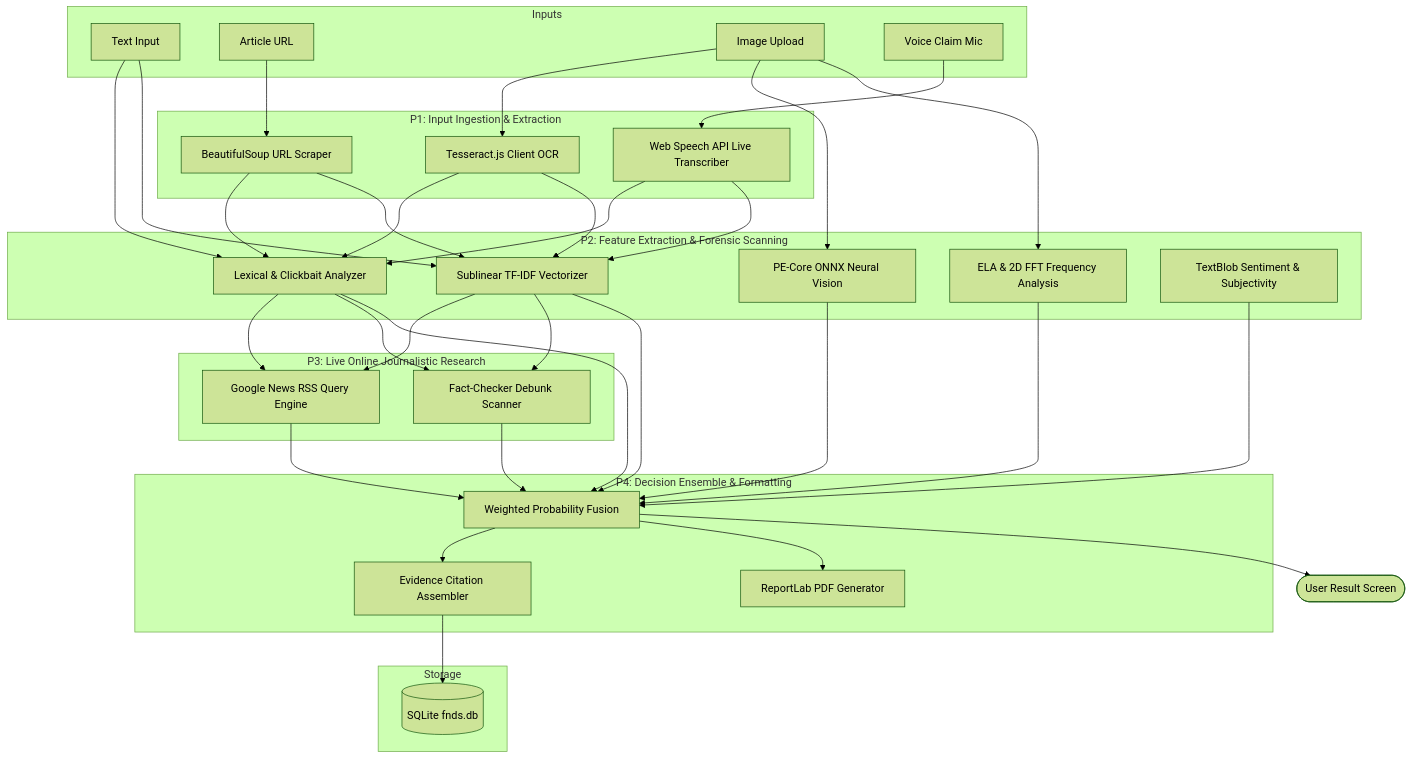
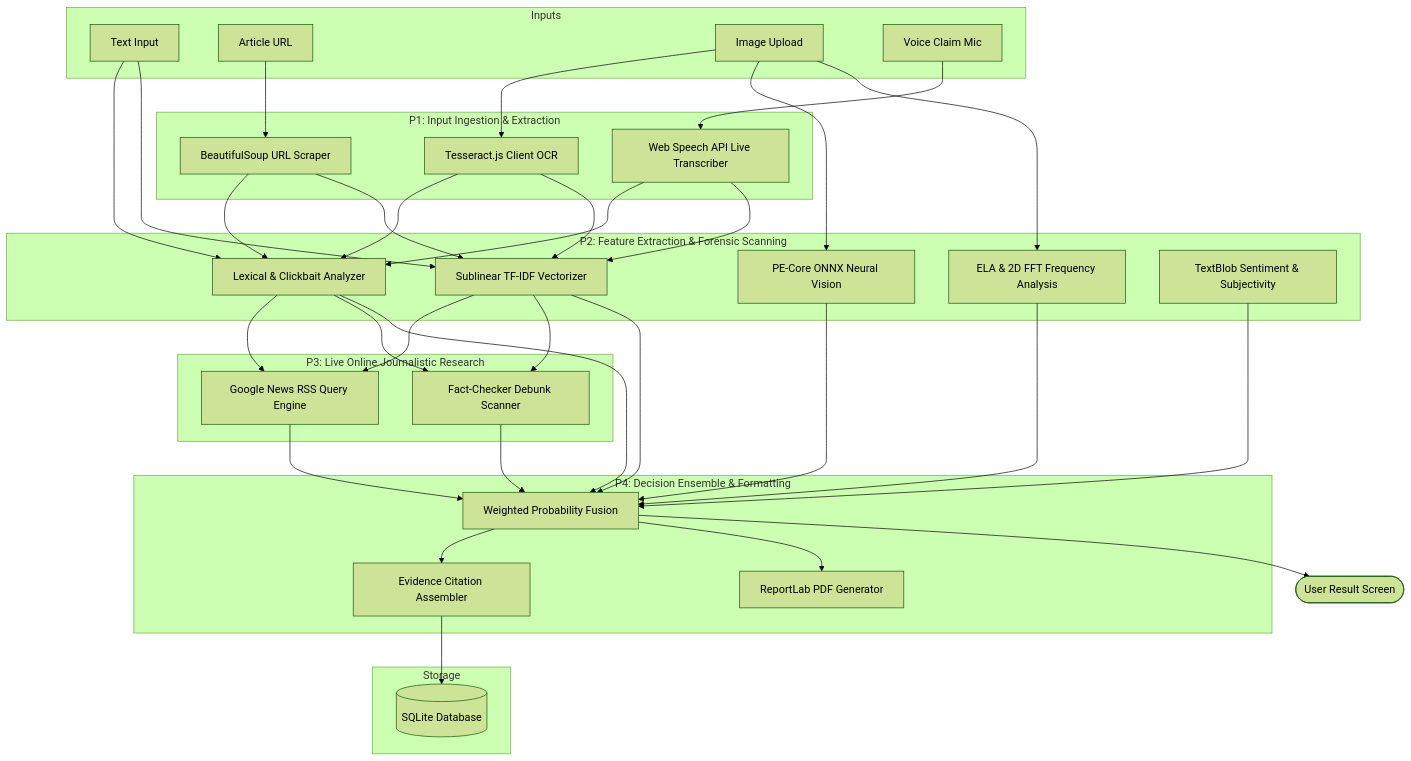
The second of 3 diagrams in PROJECT_DOCUMENTATION.md (elak24aid-create/Veritas-Project), drawn with Mermaid (forest theme) before and after one commit. The commit also changed other lines of this file, not shown here.

````diff
--- a/PROJECT_DOCUMENTATION.md
+++ b/PROJECT_DOCUMENTATION.md
@@ -517,50 +568,50 @@
 ```mermaid
 flowchart TD
     subgraph Inputs
         A1[Text Input]
         A2[Article URL]
         A3[Image Upload]
         A4[Voice Claim Mic]
     end
 
     subgraph Process1[P1: Input Ingestion & Extraction]
         B1[Tesseract.js Client OCR]
         B2[Web Speech API Live Transcriber]
         B3[BeautifulSoup URL Scraper]
     end
 
     subgraph Process2[P2: Feature Extraction & Forensic Scanning]
         C1[Lexical & Clickbait Analyzer]
         C2[Sublinear TF-IDF Vectorizer]
         C3[PE-Core ONNX Neural Vision]
         C4[ELA & 2D FFT Frequency Analysis]
         C5[TextBlob Sentiment & Subjectivity]
     end
 
     subgraph Process3[P3: Live Online Journalistic Research]
         D1[Google News RSS Query Engine]
         D2[Fact-Checker Debunk Scanner]
     end
 
     subgraph Process4[P4: Decision Ensemble & Formatting]
         E1[Weighted Probability Fusion]
         E2[Evidence Citation Assembler]
         E3[ReportLab PDF Generator]
     end
 
     subgraph Storage
-        S1[(SQLite fnds.db)]
+        S1[(SQLite Database)]
     end
 
     A1 --> C1 & C2
     A2 --> B3 --> C1 & C2
     A3 --> B1 --> C1 & C2
     A3 --> C3 & C4
     A4 --> B2 --> C1 & C2
 
     C1 & C2 --> D1 & D2
     C1 & C2 & C3 & C4 & C5 & D1 & D2 --> E1
     E1 --> E2 --> S1
     E1 --> E3
     E1 --> Output([User Result Screen])
 ```
````
